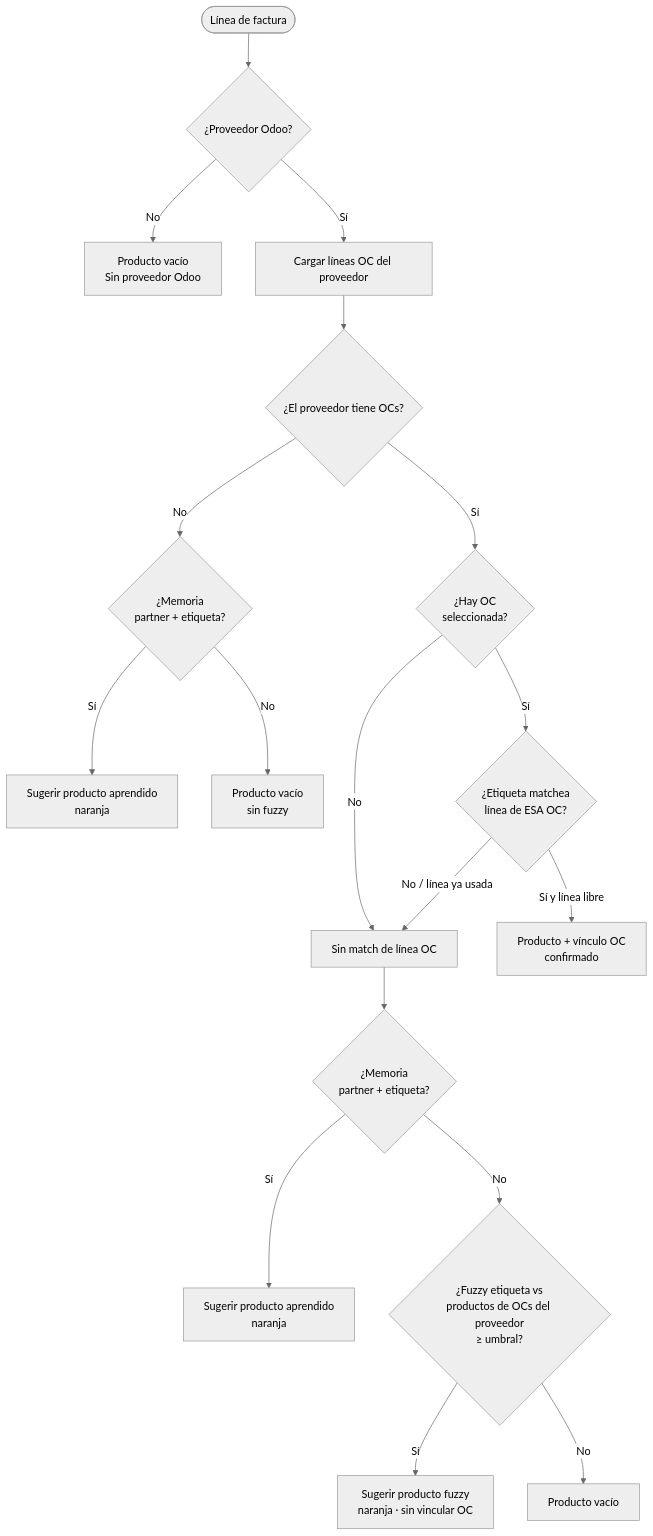
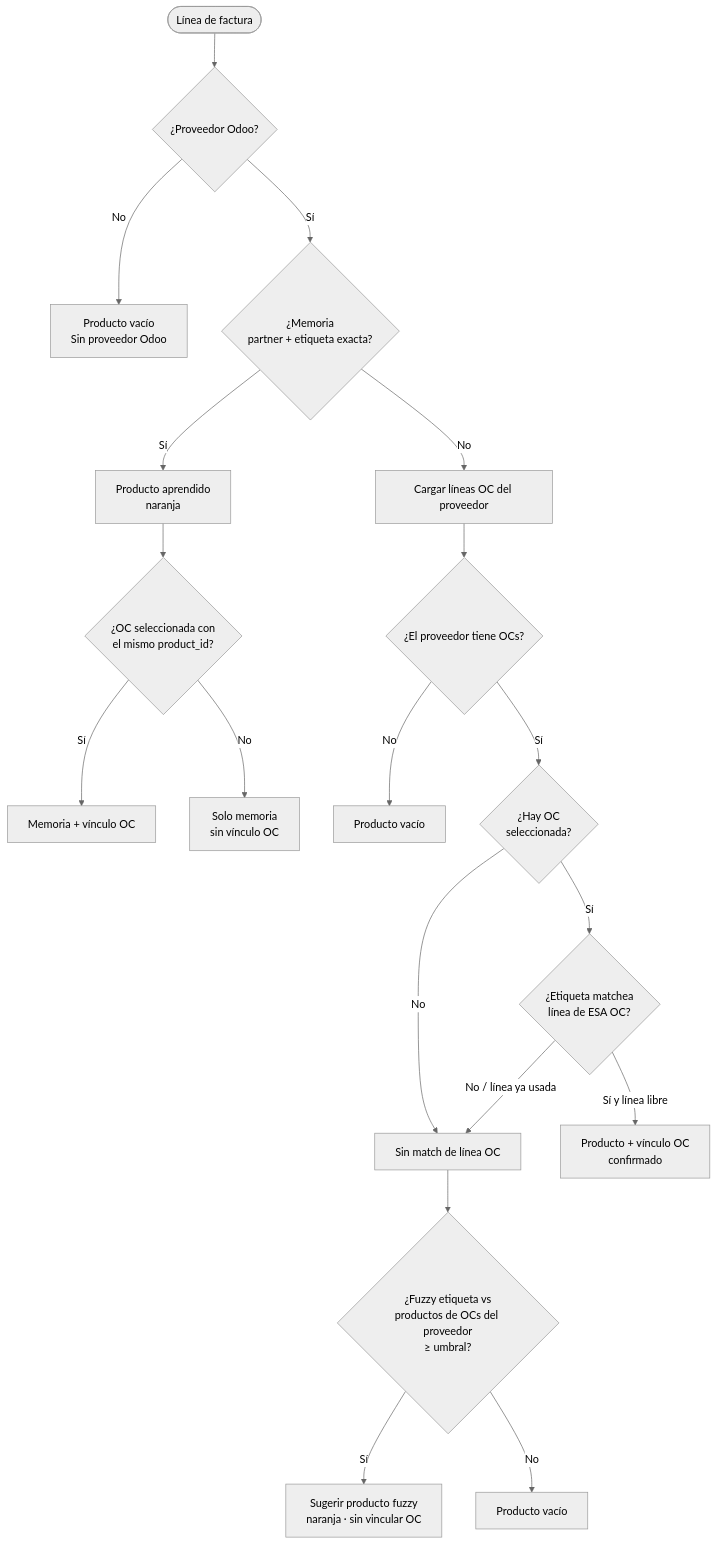
One commit to LezanaMauricioSebastian/facturias_matching changed the second of 2 diagrams in docs/README.md. Above: the diagram before and after it, drawn with Mermaid (neutral theme). The commit also changed other lines of this file and 4 other files, not shown here.

````diff
--- a/docs/README.md
+++ b/docs/README.md
@@ -105,20 +105,21 @@
 ```mermaid
 flowchart TD
   start([Línea de factura]) --> hasPartner{¿Proveedor Odoo?}
   hasPartner -->|No| empty1[Producto vacío<br/>Sin proveedor Odoo]
-  hasPartner -->|Sí| fetchOC[Cargar líneas OC del proveedor]
+  hasPartner -->|Sí| mem{¿Memoria<br/>partner + etiqueta exacta?}
+  mem -->|Sí| sugMem[Producto aprendido<br/>naranja]
+  sugMem --> sameOc{¿OC seleccionada con<br/>el mismo product_id?}
+  sameOc -->|Sí| memPlusOc[Memoria + vínculo OC]
+  sameOc -->|No| memOnly[Solo memoria<br/>sin vínculo OC]
+  mem -->|No| fetchOC[Cargar líneas OC del proveedor]
   fetchOC --> hasOCs{¿El proveedor tiene OCs?}
-  hasOCs -->|No| memOnly{¿Memoria<br/>partner + etiqueta?}
-  memOnly -->|Sí| sugMem1[Sugerir producto aprendido<br/>naranja]
-  memOnly -->|No| empty2[Producto vacío<br/>sin fuzzy]
+  hasOCs -->|No| empty2[Producto vacío]
   hasOCs -->|Sí| hasSelOC{¿Hay OC<br/>seleccionada?}
   hasSelOC -->|Sí| matchOC{¿Etiqueta matchea<br/>línea de ESA OC?}
   hasSelOC -->|No| noOcMatch[Sin match de línea OC]
   matchOC -->|Sí y línea libre| linked[Producto + vínculo OC<br/>confirmado]
   matchOC -->|No / línea ya usada| noOcMatch
-  noOcMatch --> mem2{¿Memoria<br/>partner + etiqueta?}
-  mem2 -->|Sí| sugMem2[Sugerir producto aprendido<br/>naranja]
-  mem2 -->|No| fuzzy{¿Fuzzy etiqueta vs<br/>productos de OCs del proveedor<br/>≥ umbral?}
+  noOcMatch --> fuzzy{¿Fuzzy etiqueta vs<br/>productos de OCs del proveedor<br/>≥ umbral?}
   fuzzy -->|Sí| sugFuzzy[Sugerir producto fuzzy<br/>naranja · sin vincular OC]
   fuzzy -->|No| empty3[Producto vacío]
 ```
````
